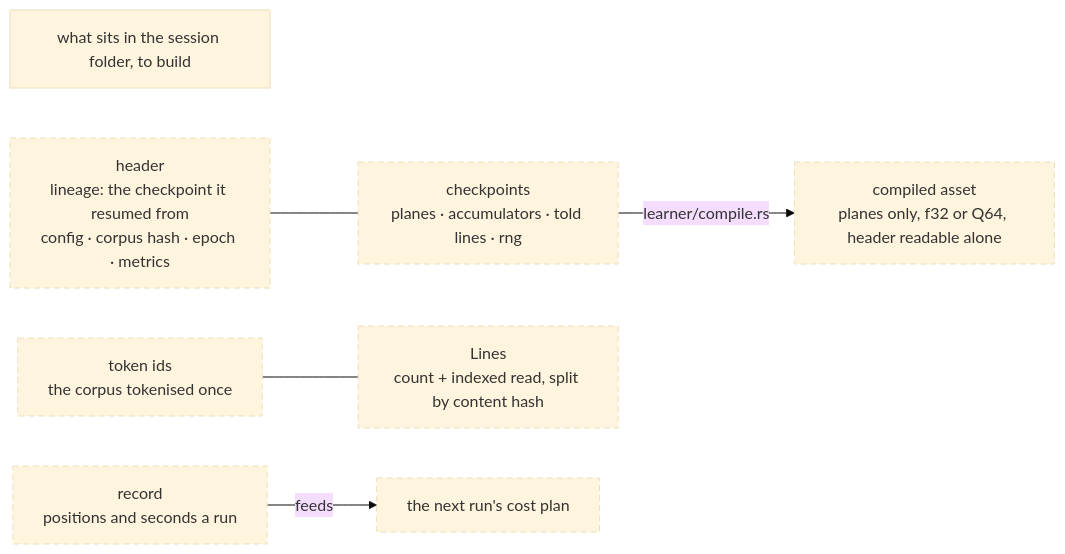
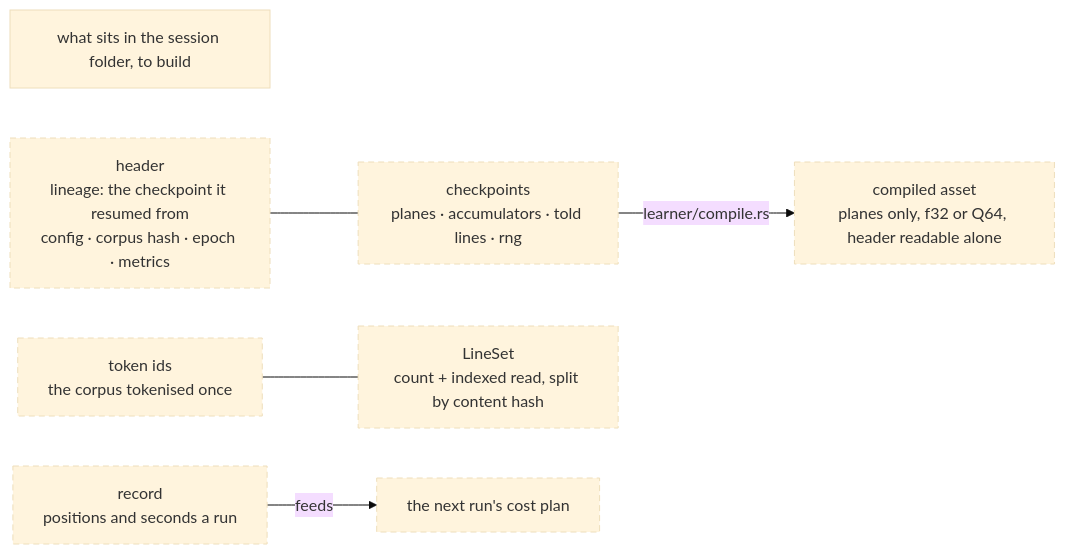
The second of 4 diagrams in docs/phient/session.md (gemphi/phinet), drawn with Mermaid (base theme) before and after one commit. The commit also changed other lines of this file and 1 other file, not shown here.

Commit message:
phient plan: singular names for the planned files and types
line.rs and token.rs, LineSet: names are singular, files and types alike. Documentation only.

````diff
--- a/docs/phient/session.md
+++ b/docs/phient/session.md
@@ -44,16 +44,16 @@
 ```mermaid
 graph LR
     key["what sits in the session folder, to build"]
     f_head["header<br/>lineage: the checkpoint it resumed from<br/>config · corpus hash · epoch · metrics"]
     f_ckpt["checkpoints<br/>planes · accumulators · told lines · rng"]
     f_ids["token ids<br/>the corpus tokenised once"]
-    f_lines["Lines<br/>count + indexed read, split by content hash"]
+    f_lines["LineSet<br/>count + indexed read, split by content hash"]
     f_asset["compiled asset<br/>planes only, f32 or Q64, header readable alone"]
     f_rec["record<br/>positions and seconds a run"]
     f_head --- f_ckpt
     f_ids --- f_lines
     f_ckpt -->|"learner/compile.rs"| f_asset
     f_rec -->|"feeds"| f_plan["the next run's cost plan"]
     classDef plan stroke-dasharray: 6 4;
     class f_head,f_ckpt,f_ids,f_lines,f_asset,f_rec,f_plan plan;
 ```
````
